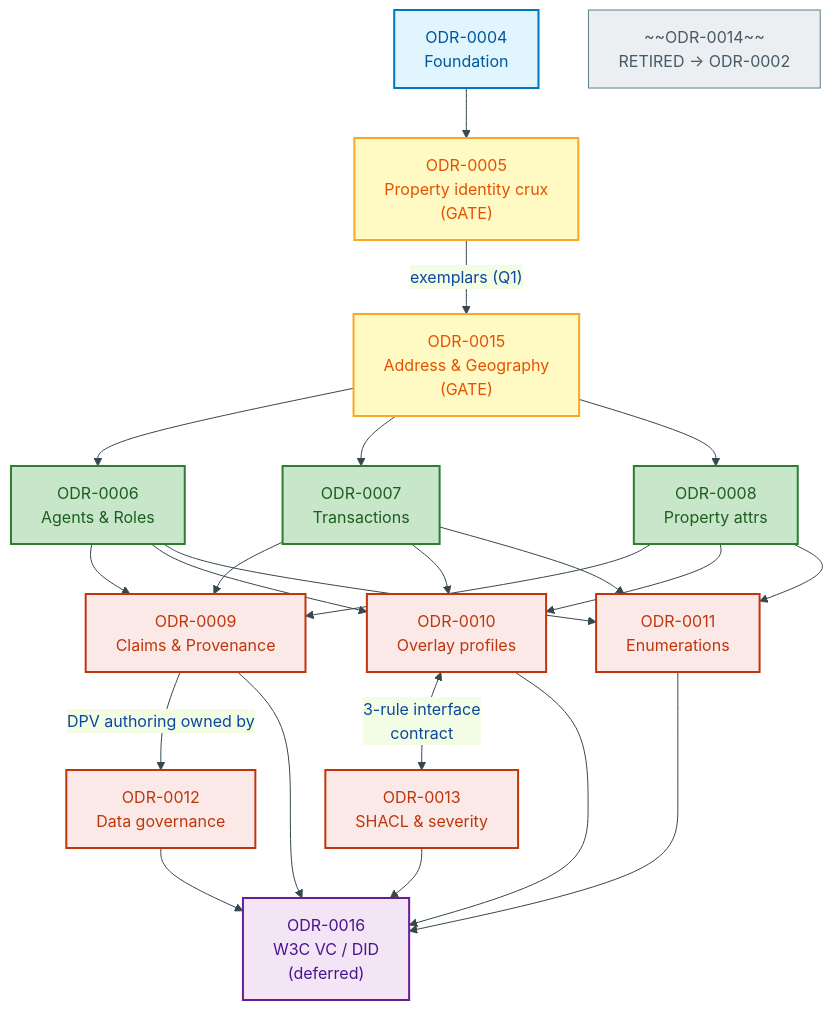
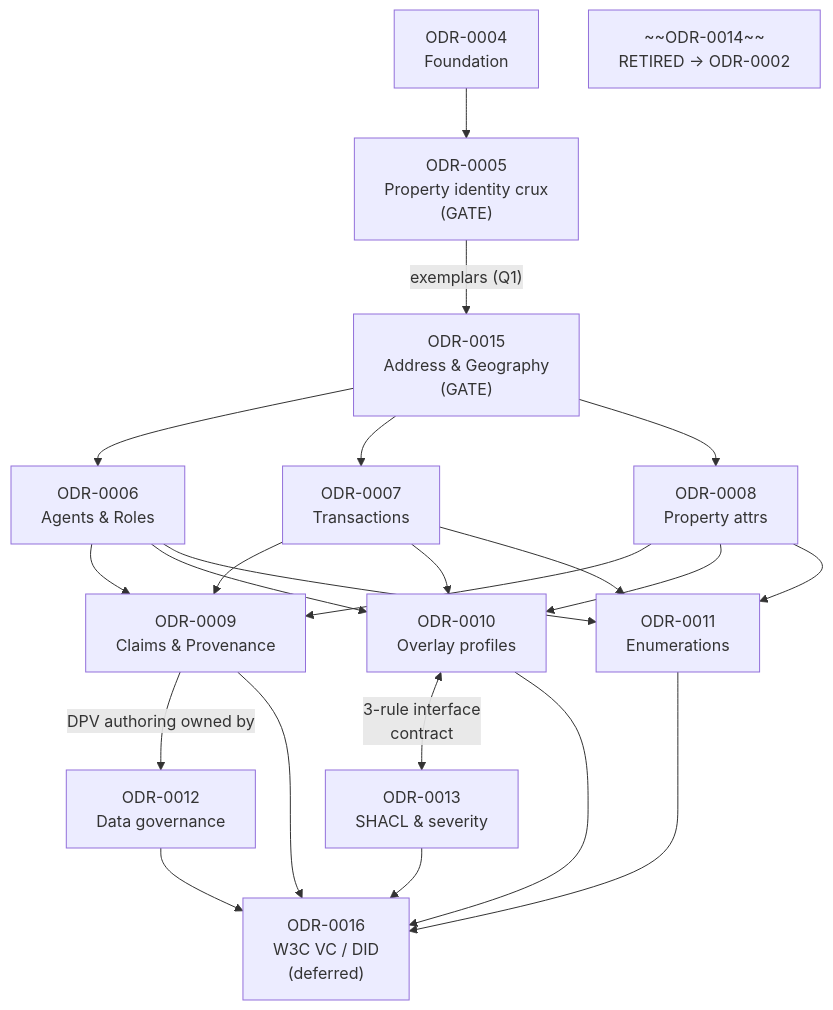
One commit to sparkling/opda changed the second of 3 diagrams in docs/ontology/odr/ODR-0003-pdtf-ontology-programme.md. Above: the diagram before and after it, drawn with Mermaid. The commit also changed other lines of this file and 25 other files, not shown here.

````diff
--- a/docs/ontology/odr/ODR-0003-pdtf-ontology-programme.md
+++ b/docs/ontology/odr/ODR-0003-pdtf-ontology-programme.md
@@ -162,34 +156,27 @@
 ```mermaid
-%%{init:{"theme":"base","themeVariables":{"primaryColor":"#E3F2FD","primaryTextColor":"#0D47A1","primaryBorderColor":"#1565C0","lineColor":"#37474F"}}}%%
 flowchart TD
     accTitle: ODR Dependency Graph
     accDescr: Directed dependency graph for ODR-0003 through ODR-0016, showing gates, cross-cites between ODR-0010 and ODR-0013, and the ownership link between ODR-0009 and ODR-0012 for DPV co-annotation.
-    classDef substrate fill:#E1F5FE,stroke:#0277BD,stroke-width:2px,color:#01579B
-    classDef gate fill:#FFF9C4,stroke:#F9A825,stroke-width:2px,color:#E65100
-    classDef module fill:#C8E6C9,stroke:#2E7D32,stroke-width:2px,color:#1B5E20
-    classDef cross fill:#FBE9E7,stroke:#BF360C,stroke-width:2px,color:#BF360C
-    classDef deferred fill:#F3E5F5,stroke:#6A1B9A,stroke-width:2px,color:#4A148C
-    classDef retired fill:#ECEFF1,stroke:#607D8B,stroke-width:1px,color:#455A64
 
-    ODR4["ODR-0004<br/>Foundation"]:::substrate
-    ODR5["ODR-0005<br/>Property identity crux<br/>(GATE)"]:::gate
-    ODR15["ODR-0015<br/>Address &amp; Geography<br/>(GATE)"]:::gate
+    ODR4["ODR-0004<br/>Foundation"]:::process
+    ODR5["ODR-0005<br/>Property identity crux<br/>(GATE)"]:::warning
+    ODR15["ODR-0015<br/>Address &amp; Geography<br/>(GATE)"]:::warning
 
     ODR4 --> ODR5
     ODR5 -->|"exemplars (Q1)"| ODR15
 
-    ODR15 --> ODR6["ODR-0006<br/>Agents &amp; Roles"]:::module
-    ODR15 --> ODR7["ODR-0007<br/>Transactions"]:::module
-    ODR15 --> ODR8["ODR-0008<br/>Property attrs"]:::module
+    ODR15 --> ODR6["ODR-0006<br/>Agents &amp; Roles"]:::success
+    ODR15 --> ODR7["ODR-0007<br/>Transactions"]:::success
+    ODR15 --> ODR8["ODR-0008<br/>Property attrs"]:::success
 
-    ODR6 & ODR7 & ODR8 --> ODR9["ODR-0009<br/>Claims &amp; Provenance"]:::cross
-    ODR6 & ODR7 & ODR8 --> ODR10["ODR-0010<br/>Overlay profiles"]:::cross
-    ODR6 & ODR7 & ODR8 --> ODR11["ODR-0011<br/>Enumerations"]:::cross
+    ODR6 & ODR7 & ODR8 --> ODR9["ODR-0009<br/>Claims &amp; Provenance"]:::error
+    ODR6 & ODR7 & ODR8 --> ODR10["ODR-0010<br/>Overlay profiles"]:::error
+    ODR6 & ODR7 & ODR8 --> ODR11["ODR-0011<br/>Enumerations"]:::error
 
-    ODR9 -->|"DPV authoring owned by"| ODR12["ODR-0012<br/>Data governance"]:::cross
-    ODR10 <-->|"3-rule interface<br/>contract"| ODR13["ODR-0013<br/>SHACL &amp; severity"]:::cross
+    ODR9 -->|"DPV authoring owned by"| ODR12["ODR-0012<br/>Data governance"]:::error
+    ODR10 <-->|"3-rule interface<br/>contract"| ODR13["ODR-0013<br/>SHACL &amp; severity"]:::error
 
-    ODR9 & ODR10 & ODR11 & ODR12 & ODR13 --> ODR16["ODR-0016<br/>W3C VC / DID<br/>(deferred)"]:::deferred
+    ODR9 & ODR10 & ODR11 & ODR12 & ODR13 --> ODR16["ODR-0016<br/>W3C VC / DID<br/>(deferred)"]:::user
 
-    ODR14["~~ODR-0014~~<br/>RETIRED → ODR-0002"]:::retired
+    ODR14["~~ODR-0014~~<br/>RETIRED → ODR-0002"]:::external
 ```
````
